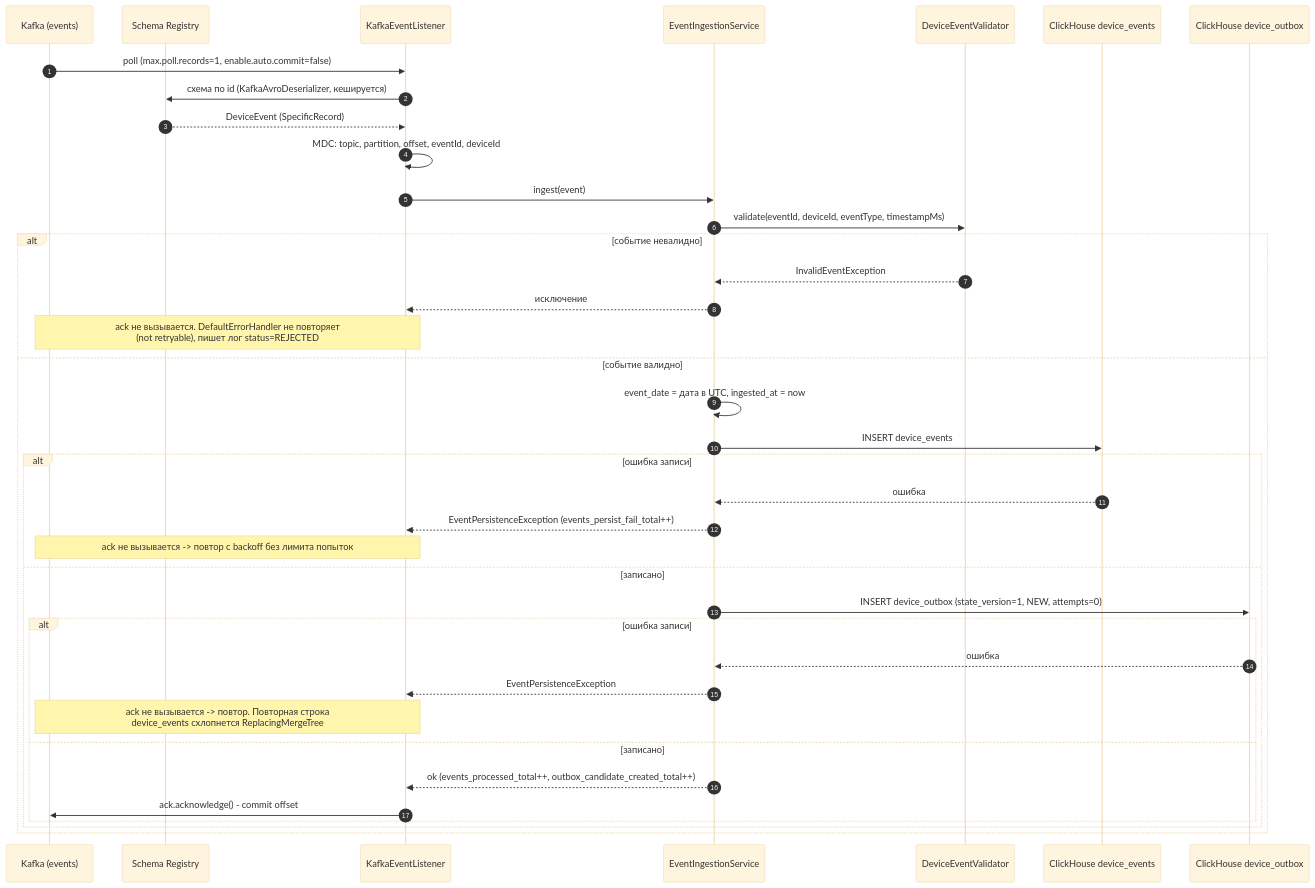
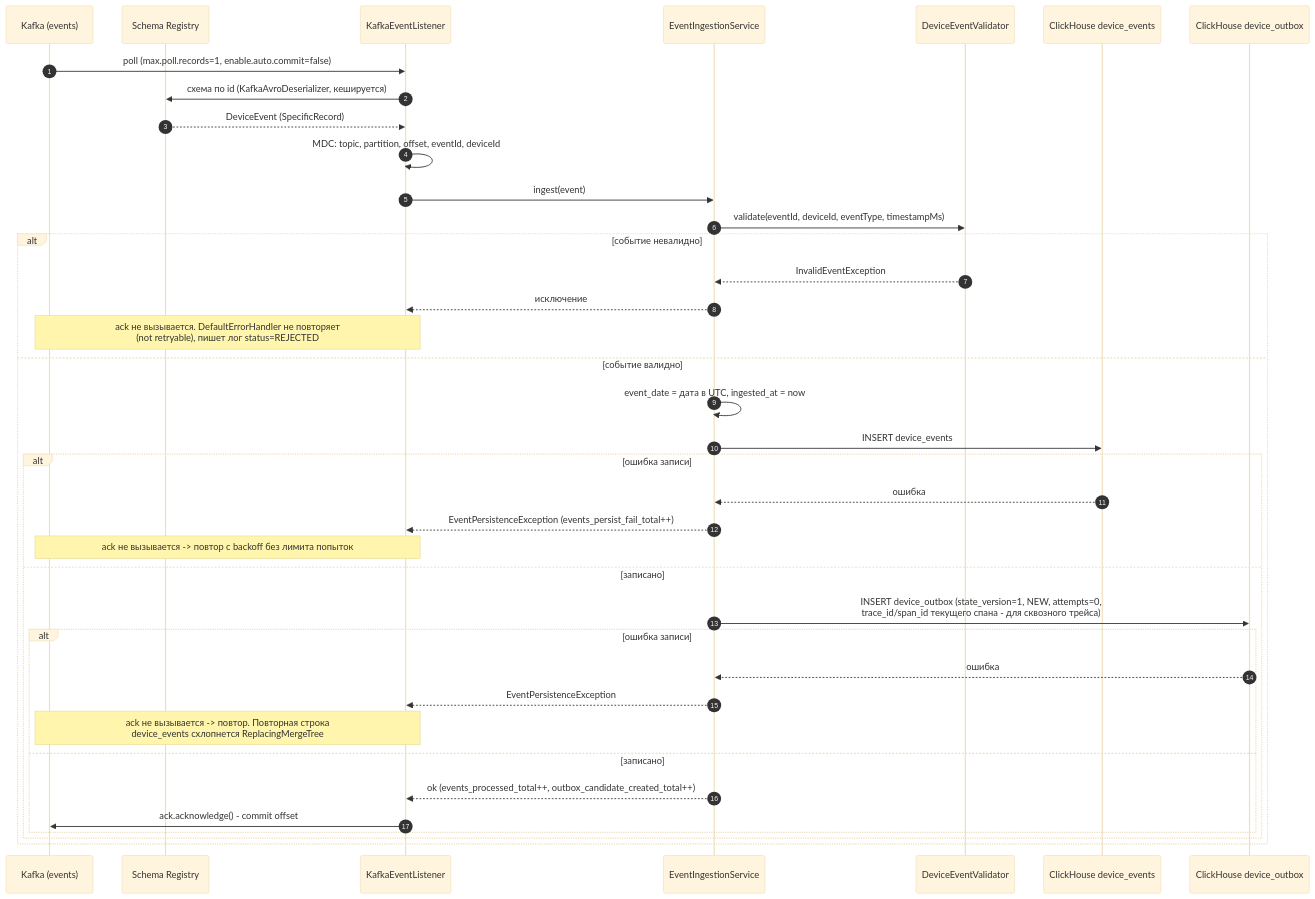
One commit to gluhov-d/iot-platform changed the diagram in diagrams/sequence-ingest.mmd. Above: the diagram before and after it, drawn with Mermaid (base theme). The commit also changed 20 other files, not shown here.

First line of the commit message:
Добавить сквозной трейс события через device_outbox

```diff
--- a/diagrams/sequence-ingest.mmd
+++ b/diagrams/sequence-ingest.mmd
@@ -1,41 +1,41 @@
 %% Прием события: at-least-once, offset подтверждается только после записи в обе таблицы
 sequenceDiagram
     autonumber
     participant K as Kafka (events)
     participant SR as Schema Registry
     participant L as KafkaEventListener
     participant S as EventIngestionService
     participant V as DeviceEventValidator
     participant CE as ClickHouse device_events
     participant CO as ClickHouse device_outbox
 
     K->>L: poll (max.poll.records=1, enable.auto.commit=false)
     L->>SR: схема по id (KafkaAvroDeserializer, кешируется)
     SR-->>L: DeviceEvent (SpecificRecord)
     L->>L: MDC: topic, partition, offset, eventId, deviceId
     L->>S: ingest(event)
     S->>V: validate(eventId, deviceId, eventType, timestampMs)
 
     alt событие невалидно
         V-->>S: InvalidEventException
         S-->>L: исключение
         Note over L,K: ack не вызывается. DefaultErrorHandler не повторяет<br/>(not retryable),  пишет лог status=REJECTED
         else событие валидно
         S->>S: event_date = дата в UTC, ingested_at = now
         S->>CE: INSERT device_events
         alt ошибка записи
             CE-->>S: ошибка
             S-->>L: EventPersistenceException (events_persist_fail_total++)
             Note over L,K: ack не вызывается -> повтор с backoff без лимита попыток
         else записано
-            S->>CO: INSERT device_outbox (state_version=1, NEW, attempts=0)
+                        S->>CO: INSERT device_outbox (state_version=1, NEW, attempts=0, <br/>trace_id/span_id текущего спана - для сквозного трейса)
             alt ошибка записи
                 CO-->>S: ошибка
                 S-->>L: EventPersistenceException
                 Note over L,K: ack не вызывается -> повтор. Повторная строка<br/>device_events схлопнется ReplacingMergeTree
             else записано
                 S-->>L: ok (events_processed_total++, outbox_candidate_created_total++)
                 L->>K: ack.acknowledge() - commit offset
             end
         end
     end
```
